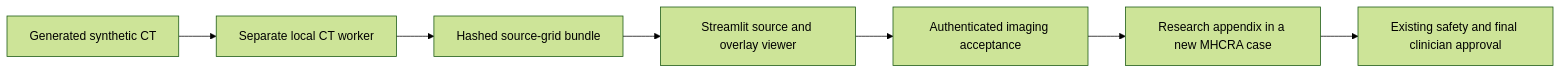
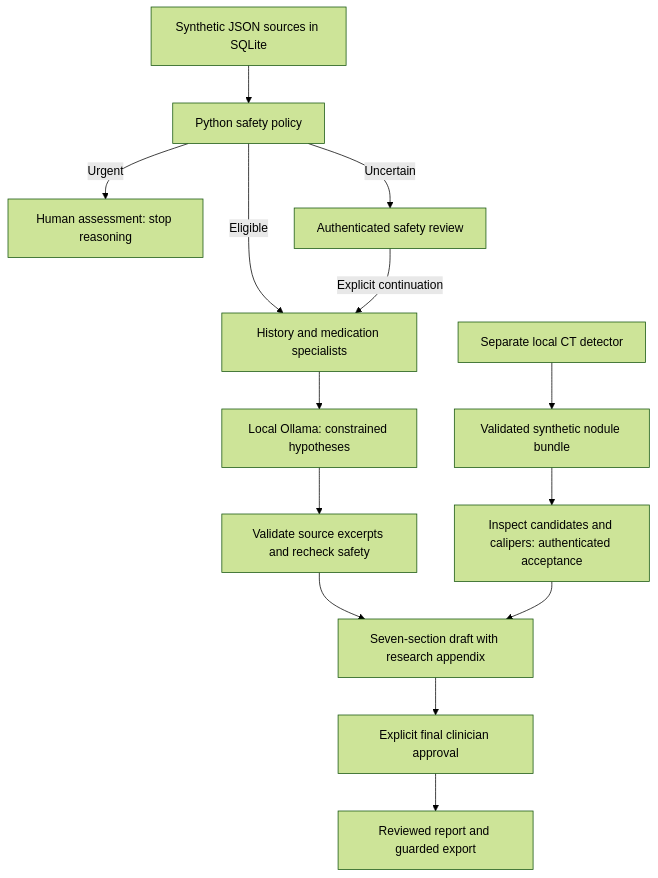
One commit to LilyC2024/Medical-AI changed the diagram in README.md. Above: the diagram before and after it, drawn with Mermaid (forest theme). The commit also changed other lines of this file and 34 other files, not shown here.

Commit message:
Integrate lung CT candidates and reviewed calipers; restructure documentation

````diff
--- a/README.md
+++ b/README.md
@@ -82,9 +37,16 @@
 ```mermaid
-flowchart LR
-  CT[Generated synthetic CT] --> W[Separate local CT worker]
-  W --> B[Hashed source-grid bundle]
-  B --> V[Streamlit source and overlay viewer]
-  V --> I[Authenticated imaging acceptance]
-  I --> A[Research appendix in a new MHCRA case]
-  A --> S[Existing safety and final clinician approval]
+flowchart TD
+    H[Synthetic JSON sources in SQLite] --> S[Python safety policy]
+    S -->|Urgent| U[Human assessment: stop reasoning]
+    S -->|Uncertain| R[Authenticated safety review]
+    S -->|Eligible| A[History and medication specialists]
+    R -->|Explicit continuation| A
+    A --> L[Local Ollama: constrained hypotheses]
+    L --> V[Validate source excerpts and recheck safety]
+    CT[Separate local CT detector] --> B[Validated synthetic nodule bundle]
+    B --> I[Inspect candidates and calipers: authenticated acceptance]
+    V --> D[Seven-section draft with research appendix]
+    I --> D
+    D --> C[Explicit final clinician approval]
+    C --> E[Reviewed report and guarded export]
 ```
````
